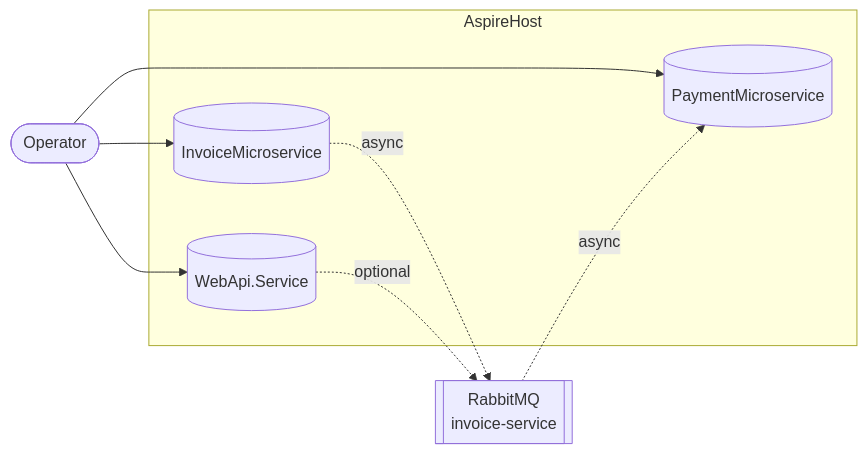
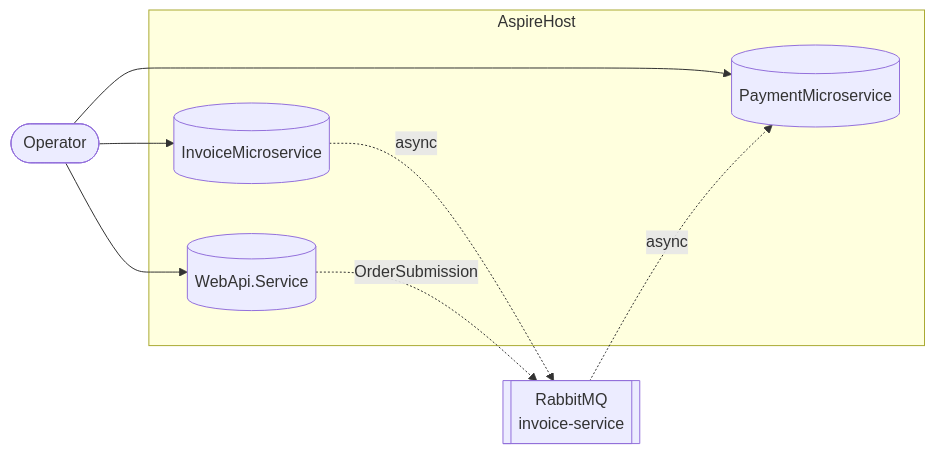
The second of 3 diagrams in README.md (DragceSU/AspireProject), drawn with Mermaid before and after one commit. The commit also changed other lines of this file and 35 other files, not shown here.

````diff
--- a/README.md
+++ b/README.md
@@ -41,17 +43,17 @@
 ```mermaid
 flowchart LR
     operator([Operator])
     subgraph AspireHost
         api[(WebApi.Service)]
         invoice[(InvoiceMicroservice)]
         payment[(PaymentMicroservice)]
     end
     bus[[RabbitMQ<br/>invoice-service]]
 
     operator --> api
     operator --> invoice
     operator --> payment
     invoice -. async .-> bus
     bus -. async .-> payment
-    api -. optional .-> bus
+    api -. OrderSubmission .-> bus
 ```
````
